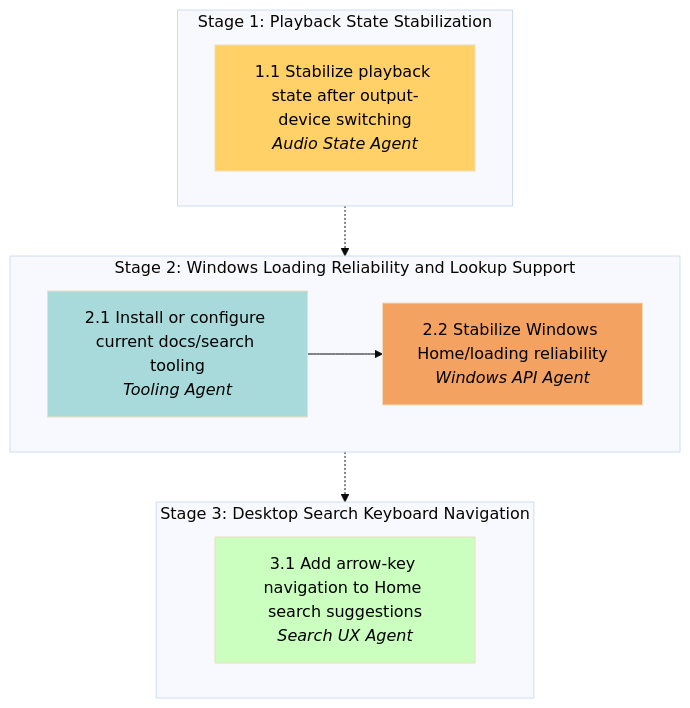
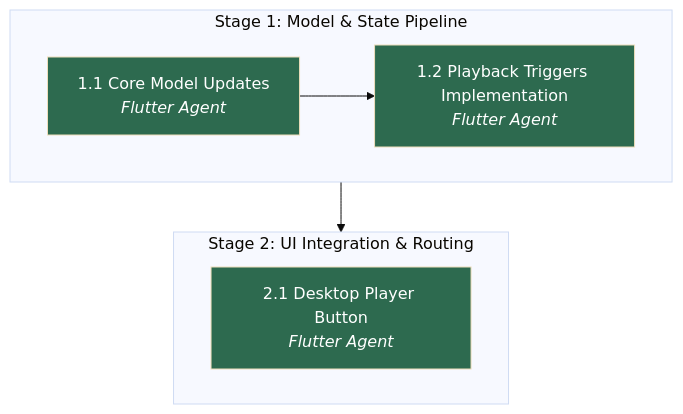
The diagram in .apm/plan.md (Untitled-Username000/Harmony-Music-Fix-WIP), drawn with Mermaid (base theme) before and after one commit. The commit also changed other lines of this file and 16 other files, not shown here.

````diff
--- a/.apm/plan.md
+++ b/.apm/plan.md
@@ -27,26 +20,19 @@
 ```mermaid
 graph TB
 
-subgraph S1["Stage 1: Playback State Stabilization"]
-	direction LR
-	T1_1["1.1 Stabilize playback state after output-device switching<br/><i>Audio State Agent</i>"]
+subgraph S1["Stage 1: Model & State Pipeline"]
+  direction LR
+  T1_1["1.1 Core Model Updates<br/><i>Flutter Agent</i>"] --> T1_2["1.2 Playback Triggers Implementation<br/><i>Flutter Agent</i>"]
 end
 
-subgraph S2["Stage 2: Windows Loading Reliability and Lookup Support"]
-	direction LR
-	T2_1["2.1 Install or configure current docs/search tooling<br/><i>Tooling Agent</i>"] --> T2_2["2.2 Stabilize Windows Home/loading reliability<br/><i>Windows API Agent</i>"]
+subgraph S2["Stage 2: UI Integration & Routing"]
+  direction LR
+  T2_1["2.1 Desktop Player Button<br/><i>Flutter Agent</i>"]
 end
 
-subgraph S3["Stage 3: Desktop Search Keyboard Navigation"]
-	direction LR
-	T3_1["3.1 Add arrow-key navigation to Home search suggestions<br/><i>Search UX Agent</i>"]
-end
+T1_2 --> T2_1
 
-T1_1 -.-> T2_1
-T2_2 -.-> T3_1
-
-style T1_1 fill:#ffd166,color:#000
-style T2_1 fill:#a8dadc,color:#000
-style T2_2 fill:#f4a261,color:#000
-style T3_1 fill:#caffbf,color:#000
+style T1_1 fill:#2d6a4f,color:#fff
+style T1_2 fill:#2d6a4f,color:#fff
+style T2_1 fill:#2d6a4f,color:#fff
 ```
````
